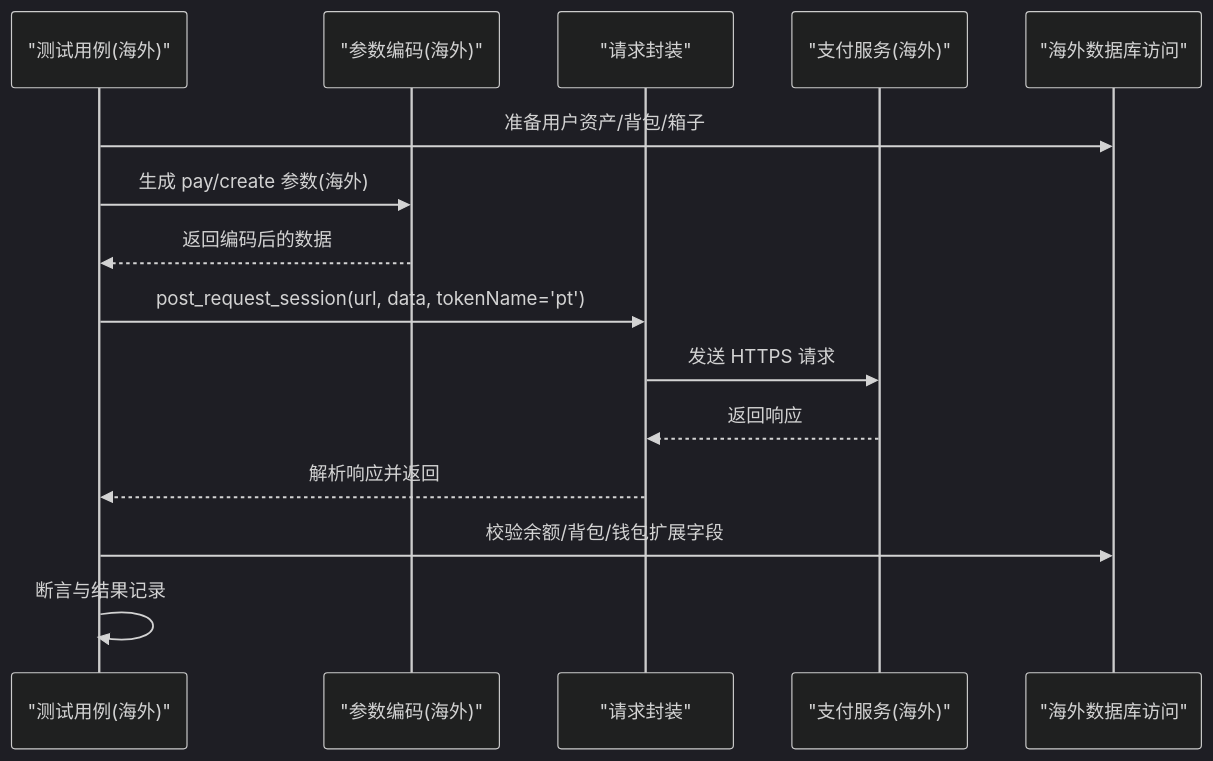
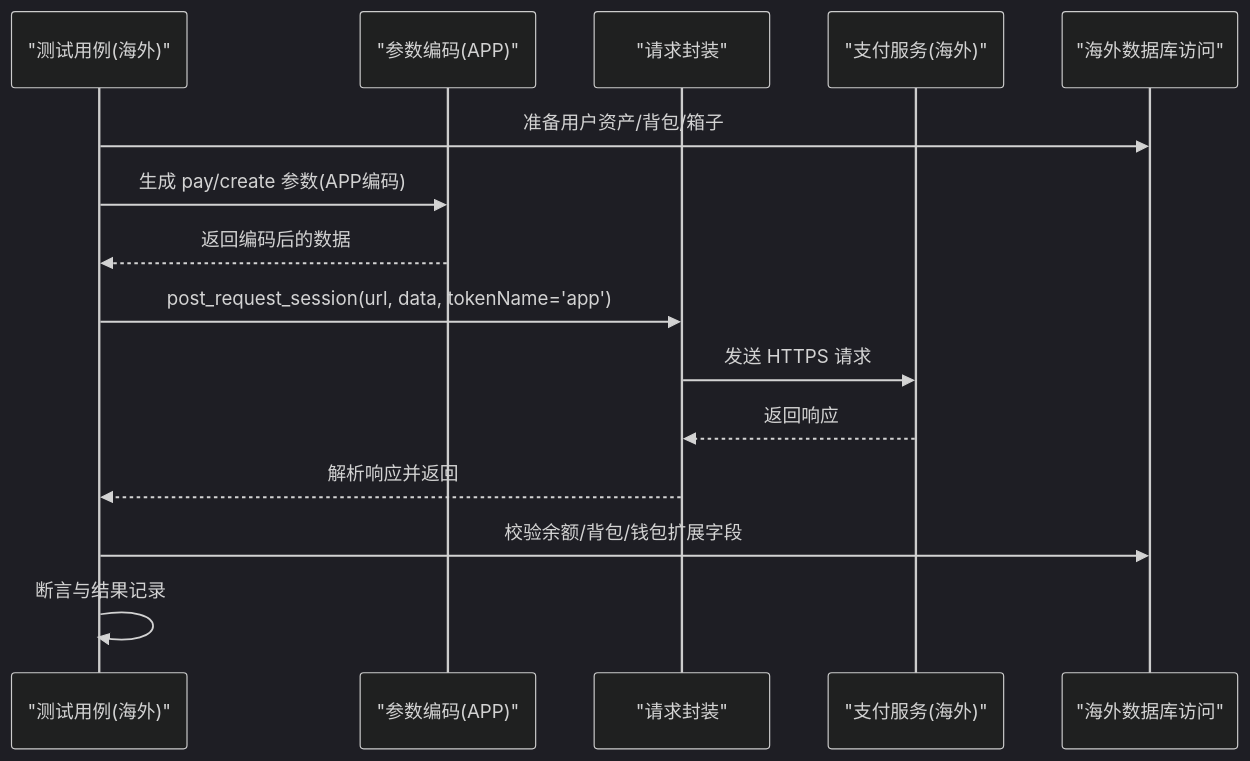
The sixth of 9 diagrams in .qoder/repowiki/zh/content/支付测试用例/盲盒开箱测试.md (liximing1-ola/qa-payTest), drawn with Mermaid (dark theme) before and after one commit. The commit also changed other lines of this file and 6 other files, not shown here.

````diff
--- a/.qoder/repowiki/zh/content/支付测试用例/盲盒开箱测试.md
+++ b/.qoder/repowiki/zh/content/支付测试用例/盲盒开箱测试.md
@@ -272,17 +278,17 @@
 ```mermaid
 sequenceDiagram
 participant TC as "测试用例(海外)"
-participant Enc as "参数编码(海外)"
+participant Enc as "参数编码(APP)"
 participant Req as "请求封装"
 participant Srv as "支付服务(海外)"
 participant DB as "海外数据库访问"
 TC->>DB : 准备用户资产/背包/箱子
-TC->>Enc : 生成 pay/create 参数(海外)
+TC->>Enc : 生成 pay/create 参数(APP编码)
 Enc-->>TC : 返回编码后的数据
-TC->>Req : post_request_session(url, data, tokenName='pt')
+TC->>Req : post_request_session(url, data, tokenName='app')
 Req->>Srv : 发送 HTTPS 请求
 Srv-->>Req : 返回响应
 Req-->>TC : 解析响应并返回
 TC->>DB : 校验余额/背包/钱包扩展字段
 TC->>TC : 断言与结果记录
 ```
````
